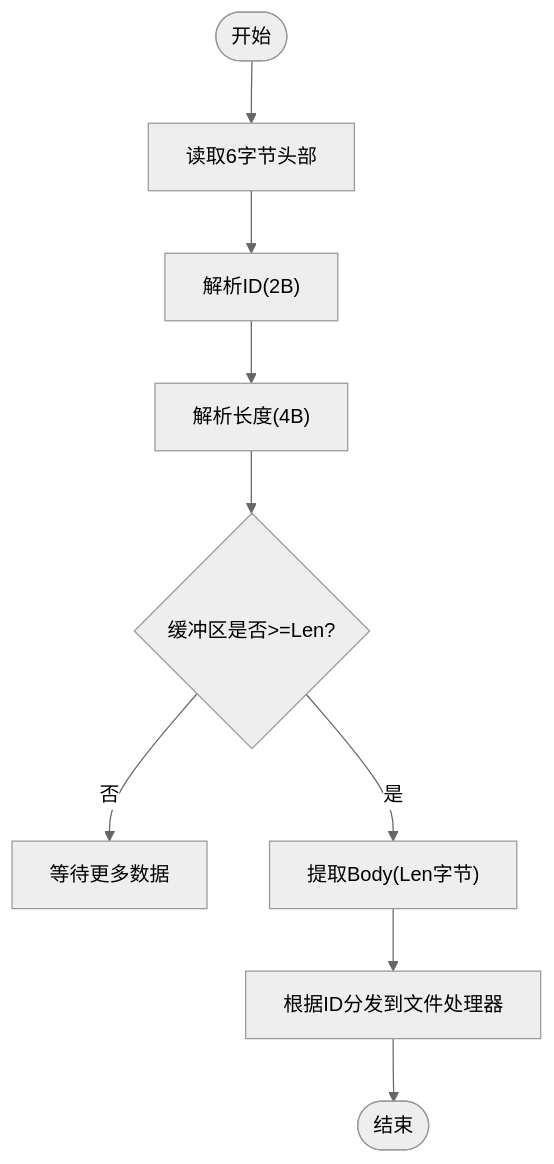
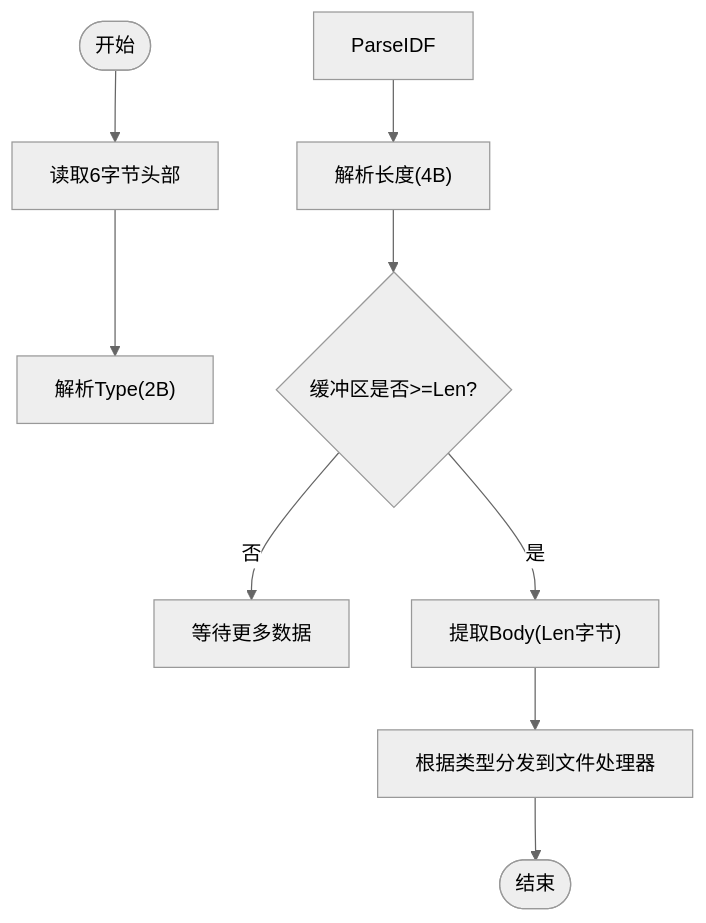
Before and after one commit to echo9923/mychatter: the sixth of 9 diagrams in .qoder/repowiki/zh/content/网络通信/TCP通信协议/TCP消息协议/消息帧格式规范.md, drawn with Mermaid (neutral theme). The commit also changed other lines of this file and 128 other files, not shown here.

````diff
--- a/.qoder/repowiki/zh/content/网络通信/TCP通信协议/TCP消息协议/消息帧格式规范.md
+++ b/.qoder/repowiki/zh/content/网络通信/TCP通信协议/TCP消息协议/消息帧格式规范.md
@@ -234,11 +234,11 @@
 ```mermaid
 flowchart TD
 StartF(["开始"]) --> ReadHeadF["读取6字节头部"]
-ReadHeadF --> ParseIDF["解析ID(2B)"]
+ReadHeadF --> ParseTypeF["解析Type(2B)"]
 ParseIDF --> ParseLenF["解析长度(4B)"]
 ParseLenF --> CheckBufF{"缓冲区是否>=Len?"}
 CheckBufF -- "否" --> WaitMoreF["等待更多数据"]
 CheckBufF -- "是" --> ExtractBodyF["提取Body(Len字节)"]
-ExtractBodyF --> DispatchF["根据ID分发到文件处理器"]
+ExtractBodyF --> DispatchF["根据类型分发到文件处理器"]
 DispatchF --> EndF(["结束"])
 ```
````
